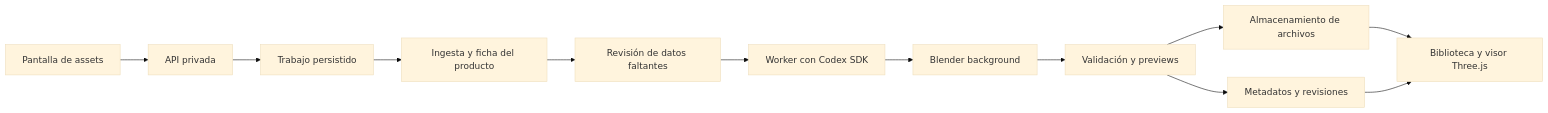
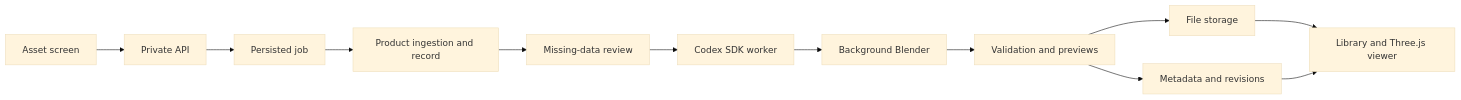
Before and after one commit to pablitxn/t3-designer: the diagram in docs/research/server-asset-generation.md, drawn with Mermaid (base theme). The commit also changed other lines of this file and 27 other files, not shown here.

````diff
--- a/docs/research/server-asset-generation.md
+++ b/docs/research/server-asset-generation.md
@@ -61,14 +136,14 @@
 ```mermaid
 flowchart LR
-  UI[Pantalla de assets] --> API[API privada]
-  API --> Job[Trabajo persistido]
-  Job --> Evidence[Ingesta y ficha del producto]
-  Evidence --> Review[Revisión de datos faltantes]
-  Review --> Agent[Worker con Codex SDK]
-  Agent --> Blender[Blender background]
-  Blender --> Check[Validación y previews]
-  Check --> Store[Almacenamiento de archivos]
-  Check --> DB[Metadatos y revisiones]
-  Store --> Library[Biblioteca y visor Three.js]
+  UI[Asset screen] --> API[Private API]
+  API --> Job[Persisted job]
+  Job --> Evidence[Product ingestion and record]
+  Evidence --> Review[Missing-data review]
+  Review --> Agent[Codex SDK worker]
+  Agent --> Blender[Background Blender]
+  Blender --> Check[Validation and previews]
+  Check --> Store[File storage]
+  Check --> DB[Metadata and revisions]
+  Store --> Library[Library and Three.js viewer]
   DB --> Library
 ```
````
